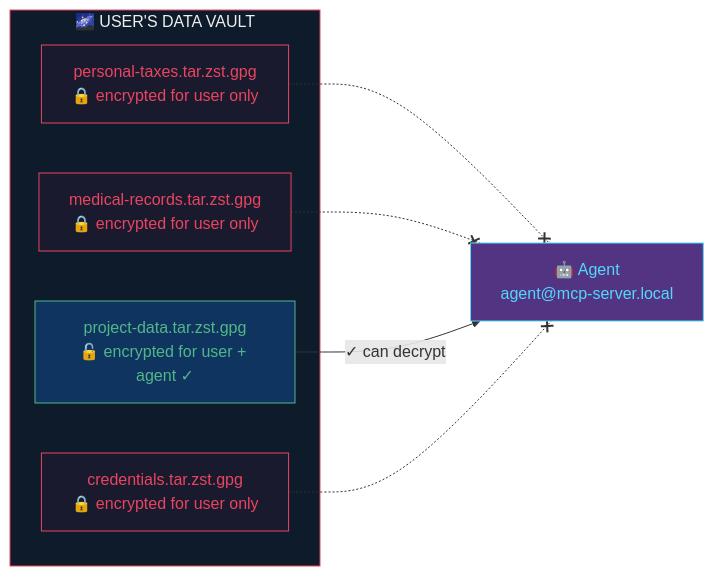
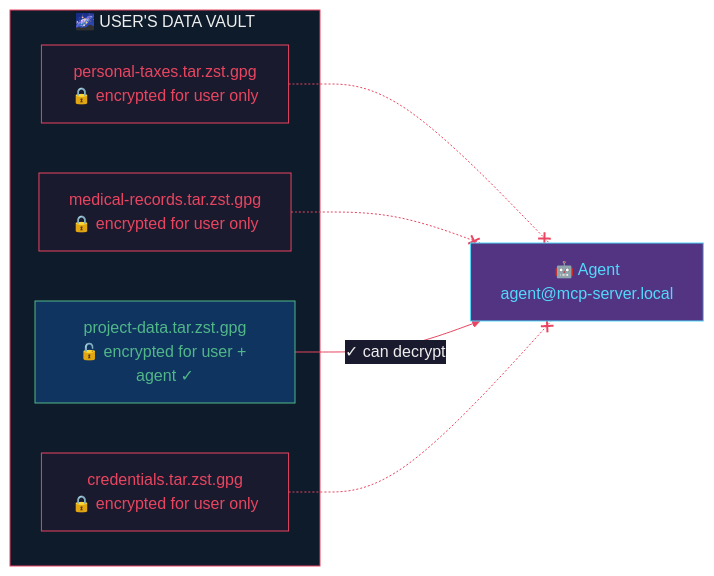
The third of 3 diagrams in README.md (8r4n/zstar-mcp-server), drawn with Mermaid before and after one commit. The commit also changed other lines of this file, not shown here.

Commit message:
docs: improve Mermaid diagram contrast for light and dark mode legibility

````diff
--- a/README.md
+++ b/README.md
@@ -545,23 +546,24 @@
 ```mermaid
+%%{init: {'theme': 'base', 'themeVariables': {'lineColor': '#e94560', 'primaryColor': '#1a1a2e', 'primaryTextColor': '#eee', 'edgeLabelBackground': '#1a1a2e', 'clusterBkg': '#0d1b2a', 'clusterBorder': '#e94560'}}}%%
 graph LR
     subgraph vault["🌌 USER'S DATA VAULT"]
         A["personal-taxes.tar.zst.gpg<br/>🔒 encrypted for user only"]
         B["medical-records.tar.zst.gpg<br/>🔒 encrypted for user only"]
         C["project-data.tar.zst.gpg<br/>🔓 encrypted for user + agent ✓"]
         D["credentials.tar.zst.gpg<br/>🔒 encrypted for user only"]
     end
 
     Agent["🤖 Agent<br/>agent@mcp-server.local"]
 
     A -.-x Agent
     B -.-x Agent
     C -->|"✓ can decrypt"| Agent
     D -.-x Agent
 
     style vault fill:#0d1b2a,stroke:#e94560,color:#eee
     style A fill:#1a1a2e,stroke:#e94560,color:#e94560
     style B fill:#1a1a2e,stroke:#e94560,color:#e94560
     style C fill:#0f3460,stroke:#52b788,color:#52b788
     style D fill:#1a1a2e,stroke:#e94560,color:#e94560
     style Agent fill:#533483,stroke:#53d8fb,color:#53d8fb
 ```
````
